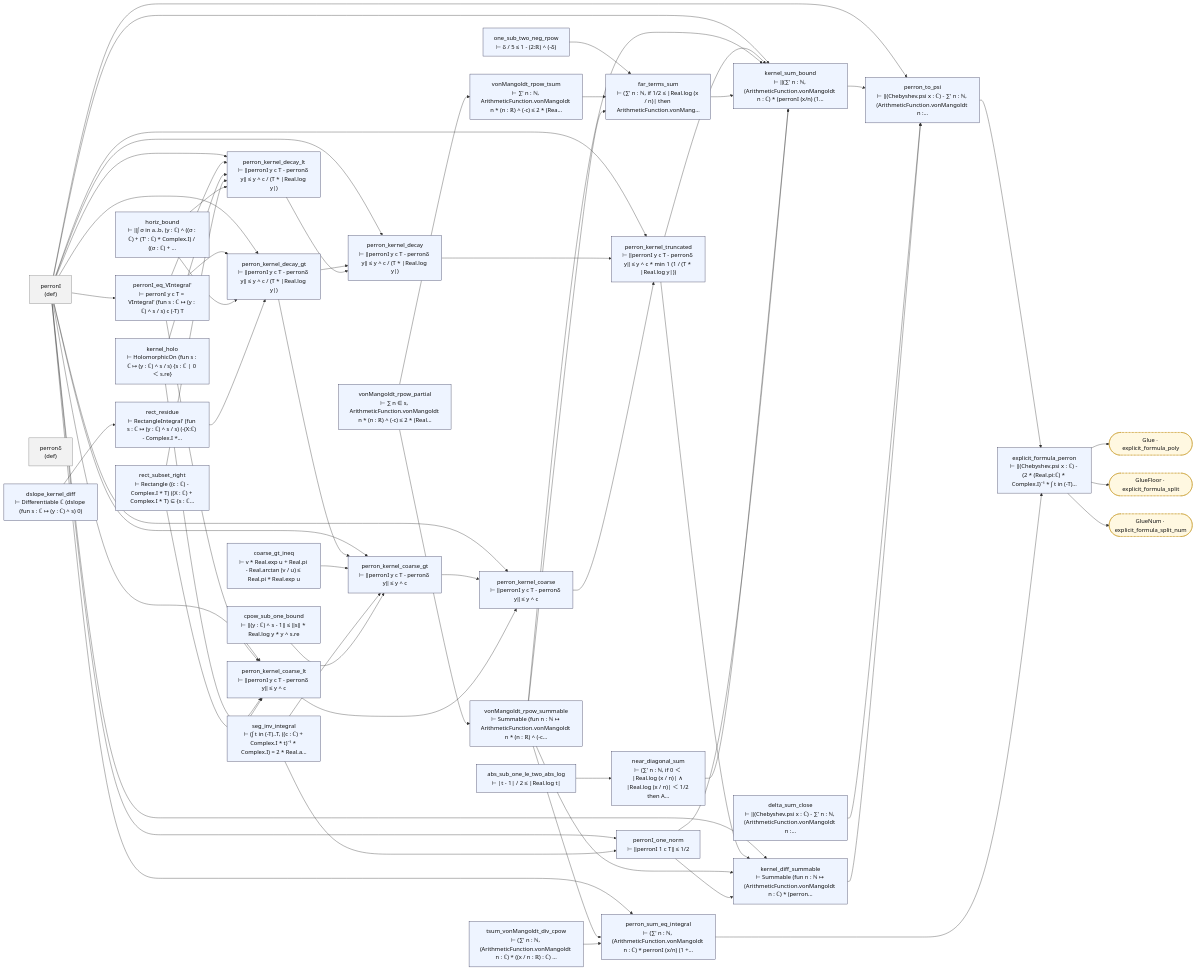
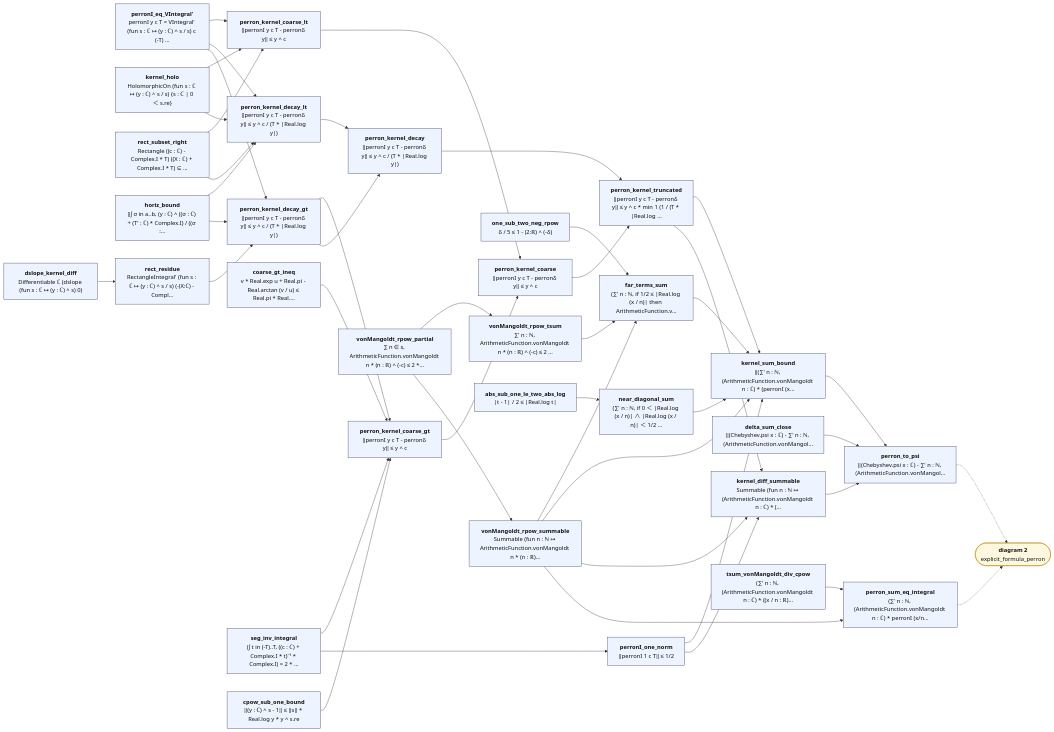
Before and after one commit to juliansambranojr/Primebeat_081426: the first of 2 diagrams in map/lean_stage3/PerronKernel.md, drawn with Mermaid. The commit also changed other lines of this file and 387 other files, not shown here.

````diff
--- a/map/lean_stage3/PerronKernel.md
+++ b/map/lean_stage3/PerronKernel.md
@@ -8,104 +14,82 @@
 ```mermaid
 flowchart LR
-  n0["perronI<br/>(def)"]:::dfn
-  n1["perronδ<br/>(def)"]:::dfn
-  n2["perronI_eq_VIntegral'<br/>⊢ perronI y c T = VIntegral' (fun s : ℂ ↦ (y : ℂ) ^ s / s) c (-T) T"]:::thm
-  n3["kernel_holo<br/>⊢ HolomorphicOn (fun s : ℂ ↦ (y : ℂ) ^ s / s) {s : ℂ | 0 ＜ s.re}"]:::thm
-  n4["rect_subset_right<br/>⊢ Rectangle ((c : ℂ) - Complex.I * T) ((X : ℂ) + Complex.I * T) ⊆ {s : ℂ…"]:::thm
-  n5["perron_kernel_coarse_lt<br/>⊢ ‖perronI y c T - perronδ y‖ ≤ y ^ c"]:::thm
-  n6["horiz_bound<br/>⊢ ‖∫ σ in a..b, (y : ℂ) ^ ((σ : ℂ) + (T' : ℂ) * Complex.I) / ((σ : ℂ) + …"]:::thm
-  n7["perron_kernel_decay_lt<br/>⊢ ‖perronI y c T - perronδ y‖ ≤ y ^ c / (T * |Real.log y|)"]:::thm
-  n8["dslope_kernel_diff<br/>⊢ Differentiable ℂ (dslope (fun s : ℂ ↦ (y : ℂ) ^ s) 0)"]:::thm
-  n9["rect_residue<br/>⊢ RectangleIntegral' (fun s : ℂ ↦ (y : ℂ) ^ s / s) (-(X:ℂ) - Complex.I *…"]:::thm
-  n10["perron_kernel_decay_gt<br/>⊢ ‖perronI y c T - perronδ y‖ ≤ y ^ c / (T * |Real.log y|)"]:::thm
-  n11["perron_kernel_decay<br/>⊢ ‖perronI y c T - perronδ y‖ ≤ y ^ c / (T * |Real.log y|)"]:::thm
-  n12["coarse_gt_ineq<br/>⊢ v * Real.exp u + Real.pi - Real.arctan (v / u) ≤ Real.pi * Real.exp u"]:::thm
-  n13["seg_inv_integral<br/>⊢ (∫ t in (-T)..T, ((c : ℂ) + Complex.I * t)⁻¹ * Complex.I) = 2 * Real.a…"]:::thm
-  n14["cpow_sub_one_bound<br/>⊢ ‖(y : ℂ) ^ s - 1‖ ≤ ‖s‖ * Real.log y * y ^ s.re"]:::thm
-  n15["perron_kernel_coarse_gt<br/>⊢ ‖perronI y c T - perronδ y‖ ≤ y ^ c"]:::thm
-  n16["perron_kernel_coarse<br/>⊢ ‖perronI y c T - perronδ y‖ ≤ y ^ c"]:::thm
-  n17["perron_kernel_truncated<br/>⊢ ‖perronI y c T - perronδ y‖ ≤ y ^ c * min 1 (1 / (T * |Real.log y|))"]:::thm
-  n18["one_sub_two_neg_rpow<br/>⊢ δ / 5 ≤ 1 - (2:ℝ) ^ (-δ)"]:::thm
-  n19["vonMangoldt_rpow_partial<br/>⊢ ∑ n ∈ s, ArithmeticFunction.vonMangoldt n * (n : ℝ) ^ (-c) ≤ 2 * (Real…"]:::thm
-  n20["vonMangoldt_rpow_tsum<br/>⊢ ∑' n : ℕ, ArithmeticFunction.vonMangoldt n * (n : ℝ) ^ (-c) ≤ 2 * (Rea…"]:::thm
-  n21["vonMangoldt_rpow_summable<br/>⊢ Summable (fun n : ℕ ↦ ArithmeticFunction.vonMangoldt n * (n : ℝ) ^ (-c…"]:::thm
-  n22["far_terms_sum<br/>⊢ (∑' n : ℕ, if 1/2 ≤ |Real.log (x / n)| then ArithmeticFunction.vonMang…"]:::thm
-  n23["abs_sub_one_le_two_abs_log<br/>⊢ |t - 1| / 2 ≤ |Real.log t|"]:::thm
-  n24["near_diagonal_sum<br/>⊢ (∑' n : ℕ, if 0 ＜ |Real.log (x / n)| ∧ |Real.log (x / n)| ＜ 1/2 then A…"]:::thm
-  n25["perronI_one_norm<br/>⊢ ‖perronI 1 c T‖ ≤ 1/2"]:::thm
-  n26["kernel_sum_bound<br/>⊢ ‖(∑' n : ℕ, (ArithmeticFunction.vonMangoldt n : ℂ) * (perronI (x/n) (1…"]:::thm
-  n27["delta_sum_close<br/>⊢ ‖(Chebyshev.psi x : ℂ) - ∑' n : ℕ, (ArithmeticFunction.vonMangoldt n :…"]:::thm
-  n28["kernel_diff_summable<br/>⊢ Summable (fun n : ℕ ↦ (ArithmeticFunction.vonMangoldt n : ℂ) * (perron…"]:::thm
-  n29["perron_to_psi<br/>⊢ ‖(Chebyshev.psi x : ℂ) - ∑' n : ℕ, (ArithmeticFunction.vonMangoldt n :…"]:::thm
-  n30["tsum_vonMangoldt_div_cpow<br/>⊢ (∑' n : ℕ, (ArithmeticFunction.vonMangoldt n : ℂ) * ((x / n : ℝ) : ℂ) …"]:::thm
-  n31["perron_sum_eq_integral<br/>⊢ (∑' n : ℕ, (ArithmeticFunction.vonMangoldt n : ℂ) * perronI (x/n) (1 +…"]:::thm
-  n32["explicit_formula_perron<br/>⊢ ‖(Chebyshev.psi x : ℂ) - (2 * (Real.pi:ℂ) * Complex.I)⁻¹ * ∫ t in (-T)…"]:::thm
-  x0(["Glue · explicit_formula_poly"]):::ext
-  x1(["GlueFloor · explicit_formula_split"]):::ext
-  x2(["GlueNum · explicit_formula_split_num"]):::ext
-  n0 --> n10
-  n0 --> n11
-  n0 --> n15
-  n0 --> n16
-  n0 --> n17
-  n0 --> n2
-  n0 --> n25
-  n0 --> n26
-  n0 --> n28
-  n0 --> n29
-  n0 --> n31
+  n0["<b>perronI_eq_VIntegral'</b><br/>perronI y c T = VIntegral' (fun s : ℂ ↦ (y : ℂ) ^ s / s) c (-T) …"]:::thm
+  n1["<b>kernel_holo</b><br/>HolomorphicOn (fun s : ℂ ↦ (y : ℂ) ^ s / s) {s : ℂ | 0 ＜ s.re}"]:::thm
+  n2["<b>rect_subset_right</b><br/>Rectangle ((c : ℂ) - Complex.I * T) ((X : ℂ) + Complex.I * T) ⊆ …"]:::thm
+  n3["<b>perron_kernel_coarse_lt</b><br/>‖perronI y c T - perronδ y‖ ≤ y ^ c"]:::thm
+  n4["<b>horiz_bound</b><br/>‖∫ σ in a..b, (y : ℂ) ^ ((σ : ℂ) + (T' : ℂ) * Complex.I) / ((σ :…"]:::thm
+  n5["<b>perron_kernel_decay_lt</b><br/>‖perronI y c T - perronδ y‖ ≤ y ^ c / (T * |Real.log y|)"]:::thm
+  n6["<b>dslope_kernel_diff</b><br/>Differentiable ℂ (dslope (fun s : ℂ ↦ (y : ℂ) ^ s) 0)"]:::thm
+  n7["<b>rect_residue</b><br/>RectangleIntegral' (fun s : ℂ ↦ (y : ℂ) ^ s / s) (-(X:ℂ) - Compl…"]:::thm
+  n8["<b>perron_kernel_decay_gt</b><br/>‖perronI y c T - perronδ y‖ ≤ y ^ c / (T * |Real.log y|)"]:::thm
+  n9["<b>perron_kernel_decay</b><br/>‖perronI y c T - perronδ y‖ ≤ y ^ c / (T * |Real.log y|)"]:::thm
+  n10["<b>coarse_gt_ineq</b><br/>v * Real.exp u + Real.pi - Real.arctan (v / u) ≤ Real.pi * Real.…"]:::thm
+  n11["<b>seg_inv_integral</b><br/>(∫ t in (-T)..T, ((c : ℂ) + Complex.I * t)⁻¹ * Complex.I) = 2 * …"]:::thm
+  n12["<b>cpow_sub_one_bound</b><br/>‖(y : ℂ) ^ s - 1‖ ≤ ‖s‖ * Real.log y * y ^ s.re"]:::thm
+  n13["<b>perron_kernel_coarse_gt</b><br/>‖perronI y c T - perronδ y‖ ≤ y ^ c"]:::thm
+  n14["<b>perron_kernel_coarse</b><br/>‖perronI y c T - perronδ y‖ ≤ y ^ c"]:::thm
+  n15["<b>perron_kernel_truncated</b><br/>‖perronI y c T - perronδ y‖ ≤ y ^ c * min 1 (1 / (T * |Real.log …"]:::thm
+  n16["<b>one_sub_two_neg_rpow</b><br/>δ / 5 ≤ 1 - (2:ℝ) ^ (-δ)"]:::thm
+  n17["<b>vonMangoldt_rpow_partial</b><br/>∑ n ∈ s, ArithmeticFunction.vonMangoldt n * (n : ℝ) ^ (-c) ≤ 2 *…"]:::thm
+  n18["<b>vonMangoldt_rpow_tsum</b><br/>∑' n : ℕ, ArithmeticFunction.vonMangoldt n * (n : ℝ) ^ (-c) ≤ 2 …"]:::thm
+  n19["<b>vonMangoldt_rpow_summable</b><br/>Summable (fun n : ℕ ↦ ArithmeticFunction.vonMangoldt n * (n : ℝ)…"]:::thm
+  n20["<b>far_terms_sum</b><br/>(∑' n : ℕ, if 1/2 ≤ |Real.log (x / n)| then ArithmeticFunction.v…"]:::thm
+  n21["<b>abs_sub_one_le_two_abs_log</b><br/>|t - 1| / 2 ≤ |Real.log t|"]:::thm
+  n22["<b>near_diagonal_sum</b><br/>(∑' n : ℕ, if 0 ＜ |Real.log (x / n)| ∧ |Real.log (x / n)| ＜ 1/2 …"]:::thm
+  n23["<b>perronI_one_norm</b><br/>‖perronI 1 c T‖ ≤ 1/2"]:::thm
+  n24["<b>kernel_sum_bound</b><br/>‖(∑' n : ℕ, (ArithmeticFunction.vonMangoldt n : ℂ) * (perronI (x…"]:::thm
+  n25["<b>delta_sum_close</b><br/>‖(Chebyshev.psi x : ℂ) - ∑' n : ℕ, (ArithmeticFunction.vonMangol…"]:::thm
+  n26["<b>kernel_diff_summable</b><br/>Summable (fun n : ℕ ↦ (ArithmeticFunction.vonMangoldt n : ℂ) * (…"]:::thm
+  n27["<b>perron_to_psi</b><br/>‖(Chebyshev.psi x : ℂ) - ∑' n : ℕ, (ArithmeticFunction.vonMangol…"]:::thm
+  n28["<b>tsum_vonMangoldt_div_cpow</b><br/>(∑' n : ℕ, (ArithmeticFunction.vonMangoldt n : ℂ) * ((x / n : ℝ)…"]:::thm
+  n29["<b>perron_sum_eq_integral</b><br/>(∑' n : ℕ, (ArithmeticFunction.vonMangoldt n : ℂ) * perronI (x/n…"]:::thm
+  x0(["<b>diagram 2</b><br/>explicit_formula_perron"]):::ext
+  n0 --> n3
   n0 --> n5
-  n0 --> n7
-  n10 --> n11
-  n10 --> n15
-  n11 --> n17
-  n12 --> n15
-  n13 --> n15
-  n13 --> n25
+  n0 --> n8
+  n1 --> n3
+  n1 --> n5
+  n10 --> n13
+  n11 --> n13
+  n11 --> n23
+  n12 --> n13
+  n13 --> n14
   n14 --> n15
-  n15 --> n16
-  n16 --> n17
-  n17 --> n26
-  n17 --> n28
-  n18 --> n22
+  n15 --> n24
+  n15 --> n26
+  n16 --> n20
+  n17 --> n18
+  n17 --> n19
+  n18 --> n20
   n19 --> n20
-  n19 --> n21
-  n2 --> n10
+  n19 --> n24
+  n19 --> n26
+  n19 --> n29
+  n2 --> n3
   n2 --> n5
-  n2 --> n7
-  n20 --> n22
+  n20 --> n24
   n21 --> n22
-  n21 --> n26
-  n21 --> n28
-  n21 --> n31
-  n22 --> n26
+  n22 --> n24
   n23 --> n24
-  n24 --> n26
-  n25 --> n26
-  n25 --> n28
-  n26 --> n29
-  n27 --> n29
+  n23 --> n26
+  n24 --> n27
+  n25 --> n27
+  n26 --> n27
   n28 --> n29
-  n29 --> n32
-  n3 --> n5
-  n3 --> n7
-  n30 --> n31
-  n31 --> n32
-  n32 --> x0
-  n32 --> x1
-  n32 --> x2
+  n3 --> n14
   n4 --> n5
-  n4 --> n7
-  n5 --> n16
-  n6 --> n10
+  n4 --> n8
+  n5 --> n9
   n6 --> n7
-  n7 --> n11
+  n7 --> n8
+  n8 --> n13
   n8 --> n9
-  n9 --> n10
+  n9 --> n15
+  n27 -.-> x0
+  n29 -.-> x0
   classDef thm fill:#eef4ff,stroke:#335,color:#111
-  classDef dfn fill:#f2f2f2,stroke:#777,color:#111
   classDef end_ fill:#e7f7e7,stroke:#2a7,color:#111,stroke-width:2px
   classDef lone fill:#fff,stroke:#999,color:#111,stroke-dasharray:4 3
   classDef bad fill:#ffe5e5,stroke:#c22,color:#111,stroke-width:2px
-  classDef ext fill:#fff8e1,stroke:#b80,color:#111,stroke-dasharray:2 2
+  classDef ext fill:#fff8e1,stroke:#b80,color:#111
 ```
````
